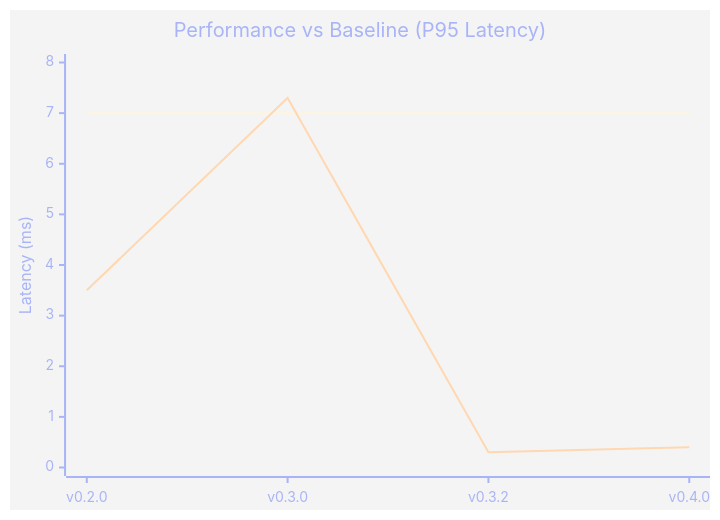
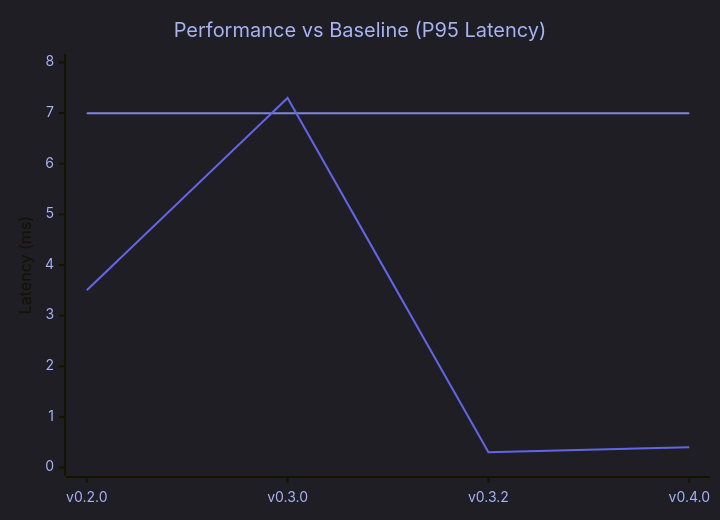
One commit to Oculusnoob/vesper-memory changed the fourth of 8 diagrams in benchmarks/charts.md. Above: the diagram before and after it, drawn with Mermaid. The commit also changed other lines of this file, not shown here.

First line of the commit message:
Fix Mermaid charts for dark mode compatibility

````diff
--- a/benchmarks/charts.md
+++ b/benchmarks/charts.md
@@ -60,9 +60,9 @@
 ```mermaid
-%%{init: {'theme':'base', 'themeVariables': { 'primaryColor':'#6365e7', 'primaryTextColor':'#a8b4f7', 'primaryBorderColor':'#8183dd', 'lineColor':'#6365e7', 'secondaryColor':'#8183dd'}}}%%
+%%{init: {'theme':'dark', 'themeVariables': { 'xyChart': {'backgroundColor':'transparent', 'titleColor':'#a8b4f7', 'xAxisLabelColor':'#a8b4f7', 'yAxisLabelColor':'#a8b4f7', 'plotColorPalette':'#8183dd, #6365e7'}}}}%%
 xychart-beta
     title "Performance vs Baseline (P95 Latency)"
     x-axis ["v0.2.0", "v0.3.0", "v0.3.2", "v0.4.0"]
     y-axis "Latency (ms)" 0 --> 8
     line "Baseline (Without Vesper)" [7.0, 7.0, 7.0, 7.0]
     line "With Vesper" [3.5, 7.3, 0.3, 0.4]
 ```
````
